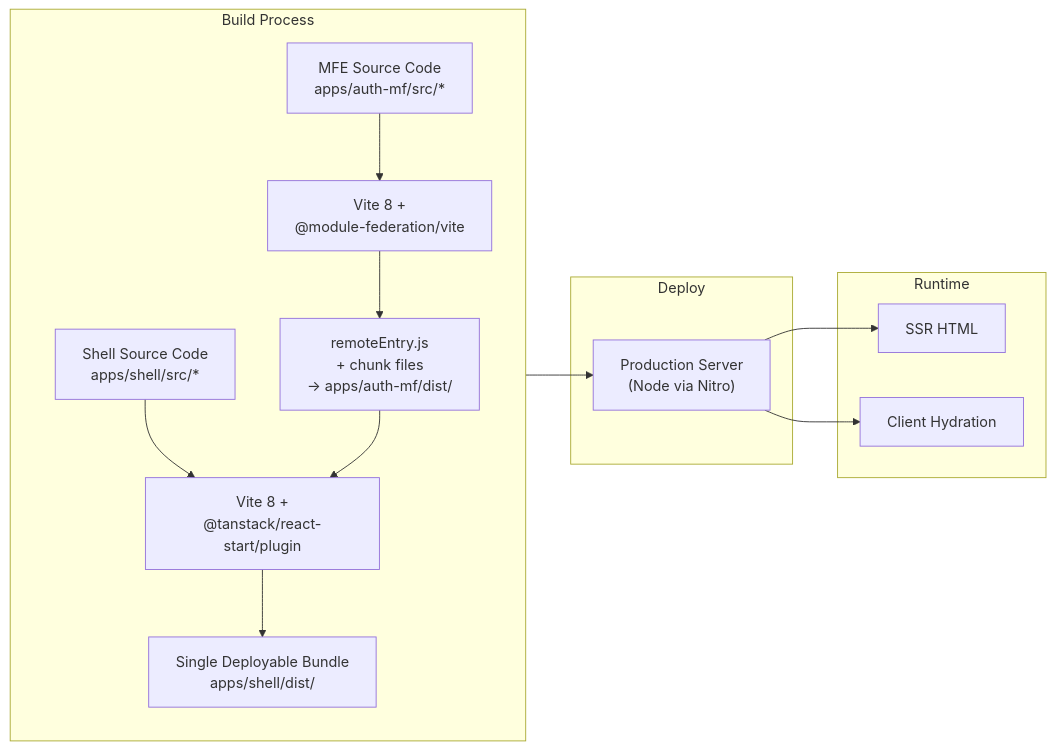
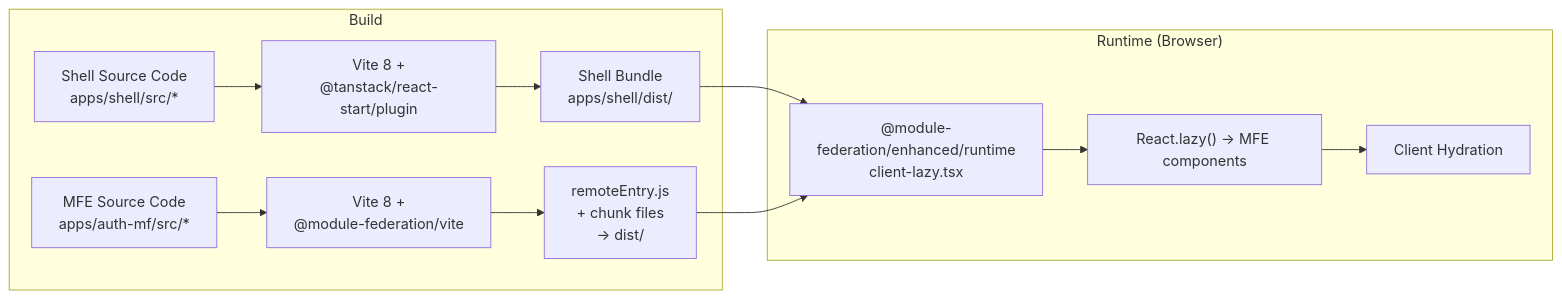
One commit to Its-Satyajit/MFECP changed the second of 9 diagrams in docs/architecture.md. Above: the diagram before and after it, drawn with Mermaid. The commit also changed other lines of this file and 40 other files, not shown here.

````diff
--- a/docs/architecture.md
+++ b/docs/architecture.md
@@ -54,21 +56,16 @@
 ```mermaid
 flowchart LR
-    subgraph Build["Build Process"]
-        direction TB
+    subgraph Build["Build"]
         MFE_SRC["MFE Source Code<br/>apps/auth-mf/src/*"] --> Vite["Vite 8 +<br/>@module-federation/vite"]
-        Vite --> RemoteEntry["remoteEntry.js<br/>+ chunk files<br/>→ apps/auth-mf/dist/"]
-
+        Vite --> RemoteEntry["remoteEntry.js<br/>+ chunk files<br/>→ dist/"]
         SHELL_SRC["Shell Source Code<br/>apps/shell/src/*"] --> SVite["Vite 8 +<br/>@tanstack/react-start/plugin"]
-        RemoteEntry --> SVite
-        SVite --> Bundle["Single Deployable Bundle<br/>apps/shell/dist/"]
+        SVite --> ShellBundle["Shell Bundle<br/>apps/shell/dist/"]
     end
 
-    subgraph Deploy["Deploy"]
-        Bundle --> Server["Production Server<br/>(Node via Nitro)"]
-    end
-
-    subgraph Runtime["Runtime"]
-        Server --> HTML["SSR HTML"]
-        Server --> Hydrate["Client Hydration"]
+    subgraph Runtime["Runtime (Browser)"]
+        ShellBundle --> Init["@module-federation/enhanced/runtime<br/>client-lazy.tsx"]
+        RemoteEntry --> Init
+        Init --> Lazy["React.lazy() → MFE components"]
+        Lazy --> Hydrate["Client Hydration"]
     end
 ```
````
